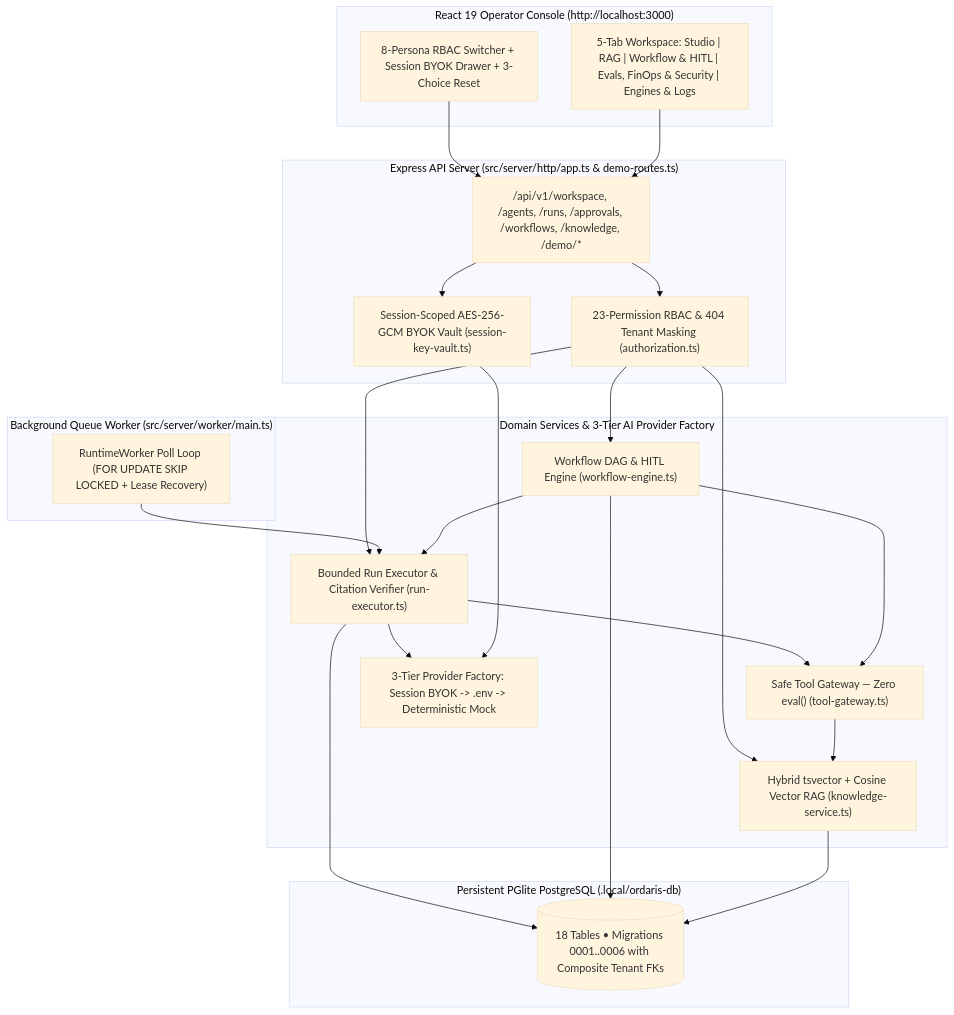
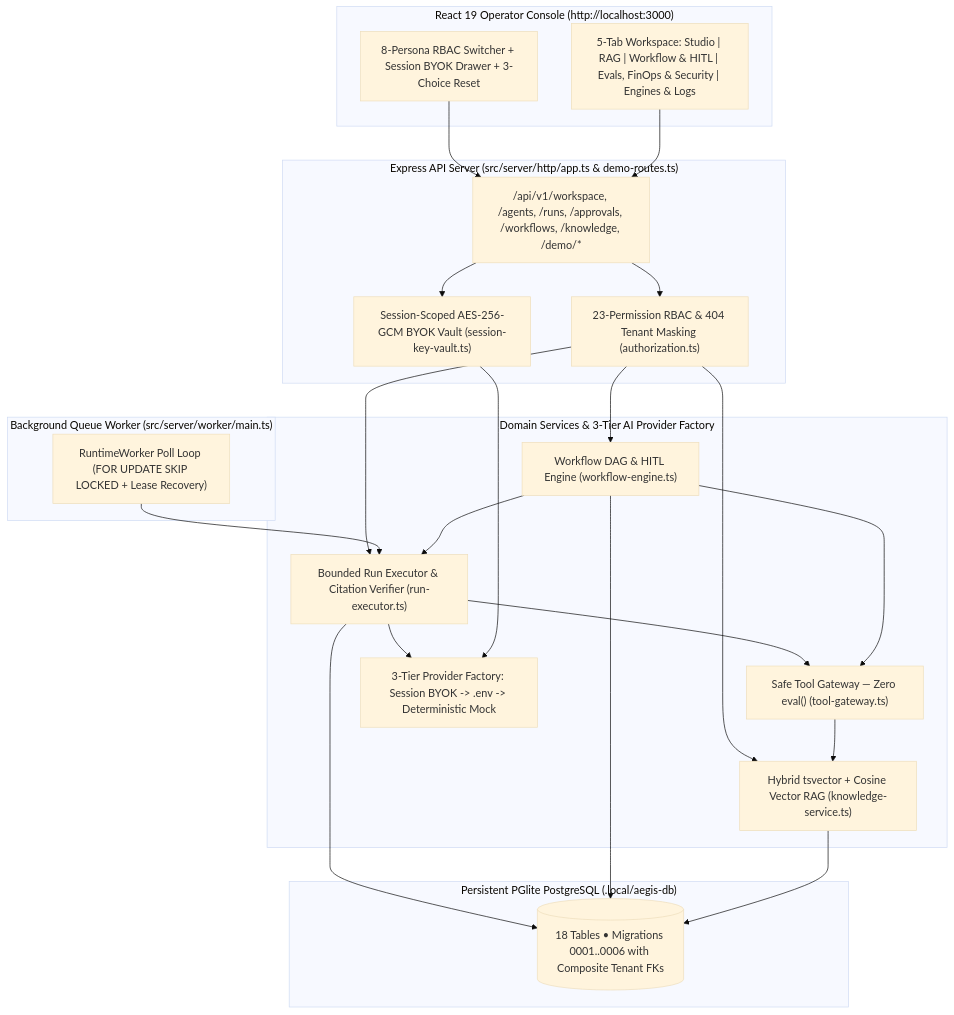
The diagram in README.md (KratX/multi-ai-agent-orchestration), drawn with Mermaid (base theme) before and after one commit. The commit also changed other lines of this file and 28 other files, not shown here.

````diff
--- a/README.md
+++ b/README.md
@@ -69,39 +69,39 @@
 ```mermaid
 flowchart TB
   subgraph Browser["React 19 Operator Console (http://localhost:3000)"]
     HEADER["8-Persona RBAC Switcher + Session BYOK Drawer + 3-Choice Reset"]
     TABS["5-Tab Workspace: Studio | RAG | Workflow & HITL | Evals, FinOps & Security | Engines & Logs"]
   end
 
   subgraph Server["Express API Server (src/server/http/app.ts & demo-routes.ts)"]
     ROUTES["/api/v1/workspace, /agents, /runs, /approvals, /workflows, /knowledge, /demo/*"]
     AUTHZ["23-Permission RBAC & 404 Tenant Masking (authorization.ts)"]
     VAULT["Session-Scoped AES-256-GCM BYOK Vault (session-key-vault.ts)"]
   end
 
   subgraph Worker["Background Queue Worker (src/server/worker/main.ts)"]
     LOOP["RuntimeWorker Poll Loop (FOR UPDATE SKIP LOCKED + Lease Recovery)"]
   end
 
   subgraph Engines["Domain Services & 3-Tier AI Provider Factory"]
     RUN["Bounded Run Executor & Citation Verifier (run-executor.ts)"]
     WF["Workflow DAG & HITL Engine (workflow-engine.ts)"]
     TG["Safe Tool Gateway — Zero eval() (tool-gateway.ts)"]
     RAG["Hybrid tsvector + Cosine Vector RAG (knowledge-service.ts)"]
     AI["3-Tier Provider Factory: Session BYOK -> .env -> Deterministic Mock"]
   end
 
-  subgraph Storage["Persistent PGlite PostgreSQL (.local/ordaris-db)"]
+  subgraph Storage["Persistent PGlite PostgreSQL (.local/aegis-db)"]
     DB[("18 Tables • Migrations 0001..0006 with Composite Tenant FKs")]
   end
 
   HEADER & TABS --> ROUTES
   ROUTES --> AUTHZ & VAULT
   AUTHZ --> RUN & WF & RAG
   LOOP --> RUN
   RUN --> TG & AI & DB
   VAULT --> AI
   WF --> RUN & TG & DB
   TG --> RAG
   RAG --> DB
 ```
````
